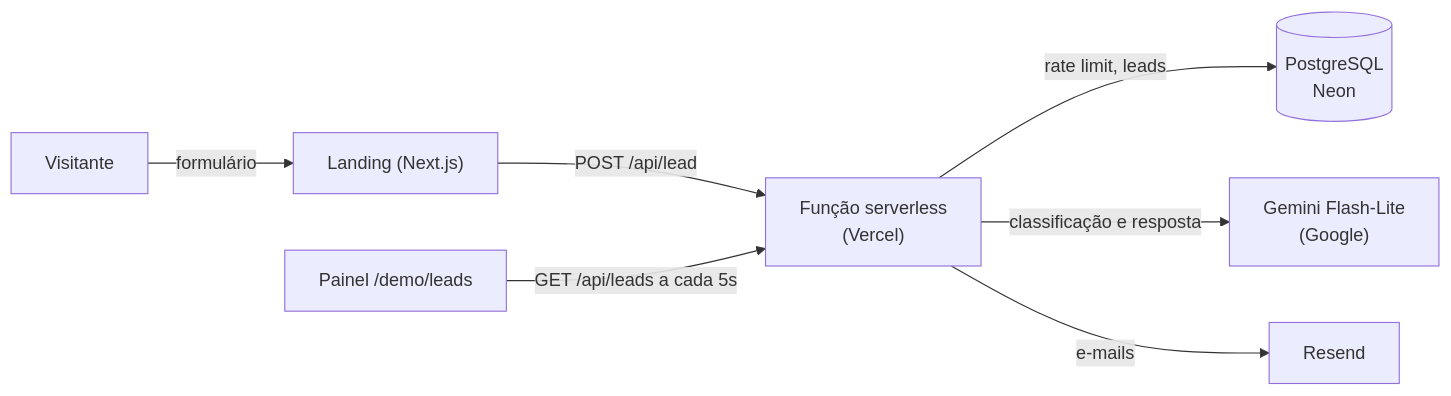
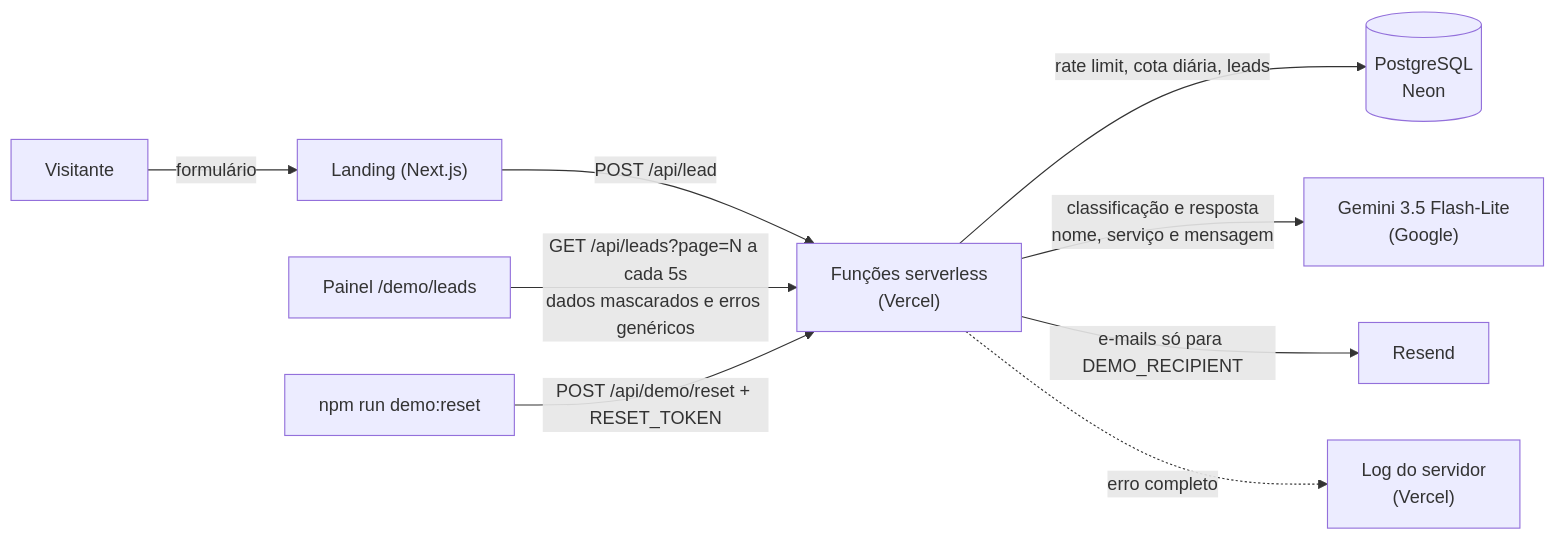
The first of 2 diagrams in README.md (Joaopedro0s/captacao-inteligente), drawn with Mermaid before and after one commit. The commit also changed other lines of this file and 3 other files, not shown here.

````diff
--- a/README.md
+++ b/README.md
@@ -24,9 +26,11 @@
 ```mermaid
 flowchart LR
     V[Visitante] -->|formulário| L["Landing (Next.js)"]
-    L -->|POST /api/lead| F["Função serverless<br/>(Vercel)"]
-    F -->|rate limit, leads| DB[("PostgreSQL<br/>Neon")]
-    F -->|classificação e resposta| AI["Gemini Flash-Lite<br/>(Google)"]
-    F -->|e-mails| R[Resend]
-    P["Painel /demo/leads"] -->|GET /api/leads a cada 5s| F
+    L -->|POST /api/lead| F["Funções serverless<br/>(Vercel)"]
+    F -->|rate limit, cota diária, leads| DB[("PostgreSQL<br/>Neon")]
+    F -->|classificação e resposta<br/>nome, serviço e mensagem| AI["Gemini 3.5 Flash-Lite<br/>(Google)"]
+    F -->|e-mails só para DEMO_RECIPIENT| R[Resend]
+    F -.->|erro completo| LOG["Log do servidor<br/>(Vercel)"]
+    P["Painel /demo/leads"] -->|"GET /api/leads?page=N a cada 5s<br/>dados mascarados e erros genéricos"| F
+    S["npm run demo:reset"] -->|"POST /api/demo/reset + RESET_TOKEN"| F
 ```
````
